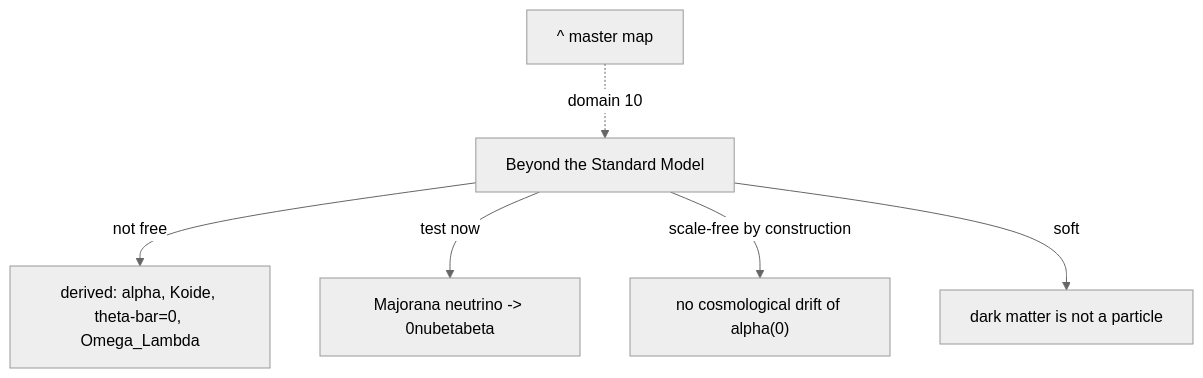
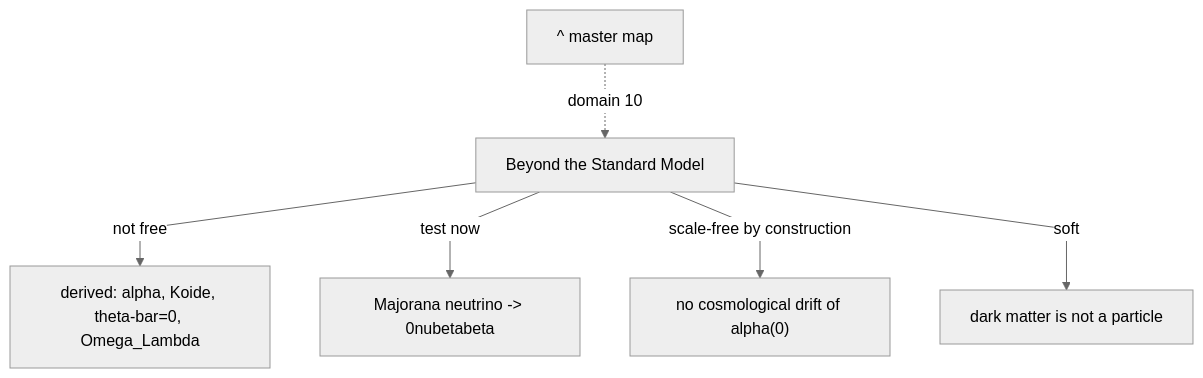
One commit to jimscarver/quantum-logical-framework changed diagram 11 of 11 in FlowChart.md. Above: the diagram before and after it, drawn with Mermaid. The commit also changed other lines of this file, not shown here.

First line of the commit message:
FlowChart.md: set Mermaid edge curve to linear (fixes GitHub 'Could not find a suitable point' render error)

````diff
--- a/FlowChart.md
+++ b/FlowChart.md
@@ -222,9 +222,9 @@
 ```mermaid
-%%{init: {"theme":"neutral"}}%%
+%%{init: {"theme":"neutral", "flowchart": {"curve": "linear"}}}%%
 flowchart TD
   H10["^ master map"] -.->|"domain 10"| B["Beyond the Standard Model"]
   B -->|"not free"| D1["derived: alpha, Koide, theta-bar=0, Omega_Lambda"]
   B -->|" test now"| P1["Majorana neutrino -> 0nubetabeta"]
   B -->|" scale-free by construction"| P2["no cosmological drift of alpha(0)"]
   B -->|"soft"| P3["dark matter is not a particle"]
 ```
````
